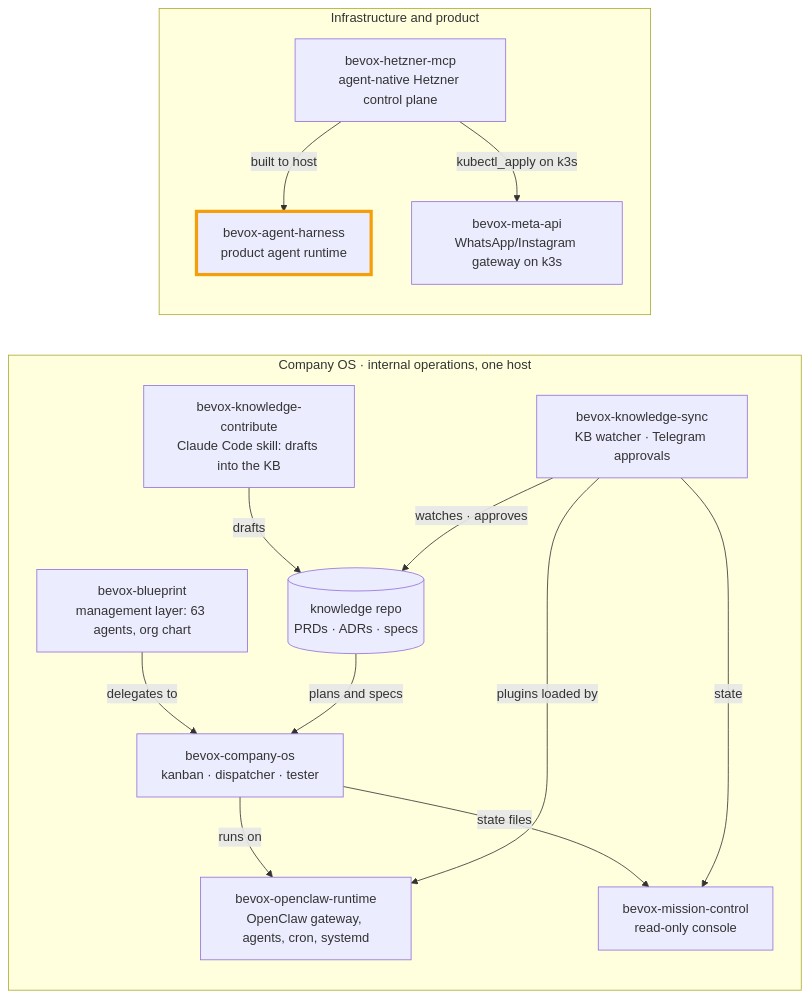
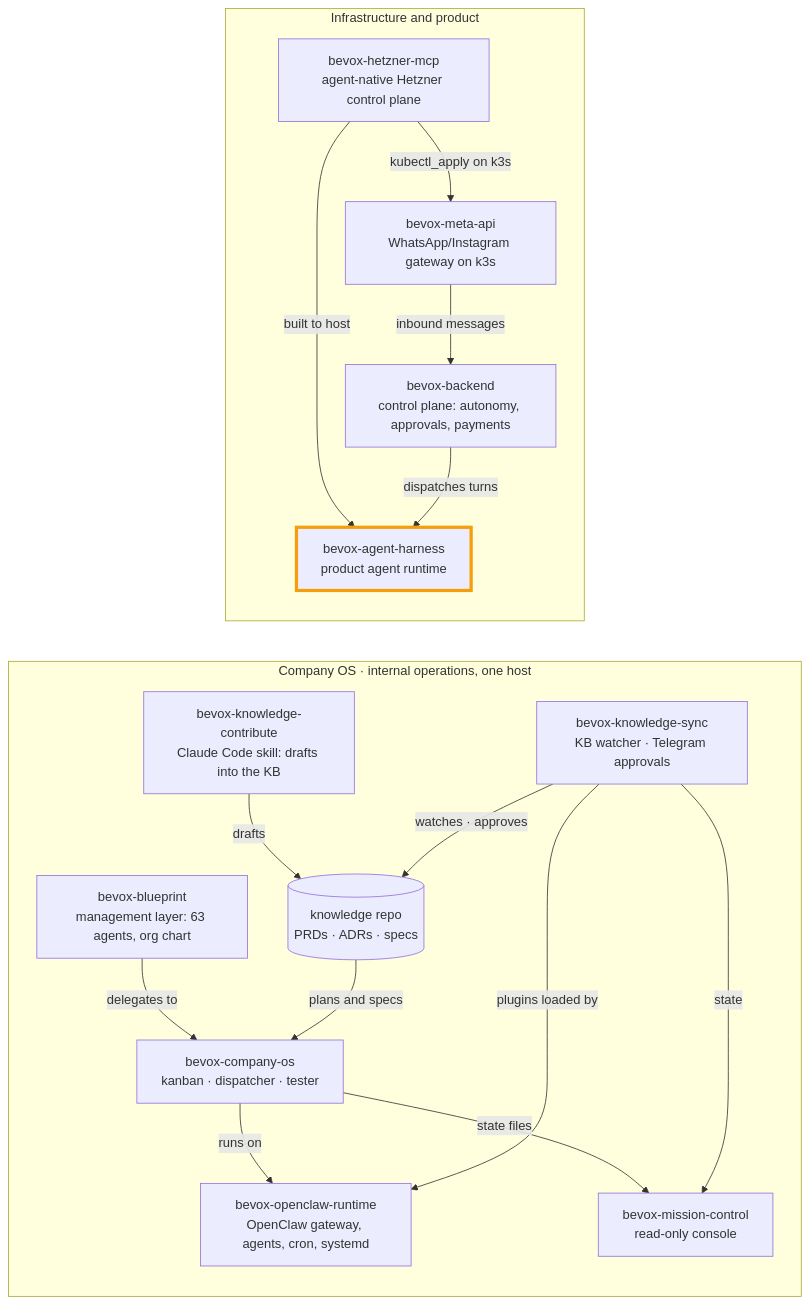
Before and after one commit to bernardTavares/bevox-agent-harness: the second of 2 diagrams in README.md, drawn with Mermaid. The commit also changed other lines of this file, not shown here.

Commit message:
docs: add bevox-backend to the repo map
Claude-Session: https://claude.ai/code/session_01Qj817cr8c8u4ecWaCmkuX1

````diff
--- a/README.md
+++ b/README.md
@@ -91,31 +91,34 @@
 ```mermaid
 flowchart LR
   subgraph OPS["Company OS · internal operations, one host"]
     direction TB
     BP["bevox-blueprint<br/>management layer: 63 agents, org chart"]
     RT["bevox-openclaw-runtime<br/>OpenClaw gateway, agents, cron, systemd"]
     COS["bevox-company-os<br/>kanban · dispatcher · tester"]
     MC["bevox-mission-control<br/>read-only console"]
     KS["bevox-knowledge-sync<br/>KB watcher · Telegram approvals"]
     KC["bevox-knowledge-contribute<br/>Claude Code skill: drafts into the KB"]
     KB[("knowledge repo<br/>PRDs · ADRs · specs")]
   end
   subgraph INFRA["Infrastructure and product"]
     direction TB
     HZ["bevox-hetzner-mcp<br/>agent-native Hetzner control plane"]
     H["bevox-agent-harness<br/>product agent runtime"]
     MA["bevox-meta-api<br/>WhatsApp/Instagram gateway on k3s"]
+    BE["bevox-backend<br/>control plane: autonomy, approvals, payments"]
   end
   BP -->|delegates to| COS
   COS -->|runs on| RT
   KS -->|plugins loaded by| RT
   KC -->|drafts| KB
   KS -->|watches · approves| KB
   KB -->|plans and specs| COS
   COS -->|state files| MC
   KS -->|state| MC
   HZ -->|built to host| H
   HZ -->|kubectl_apply on k3s| MA
+  MA -->|inbound messages| BE
+  BE -->|dispatches turns| H
   classDef here stroke:#f59e0b,stroke-width:4px
   class H here
 ```
````
